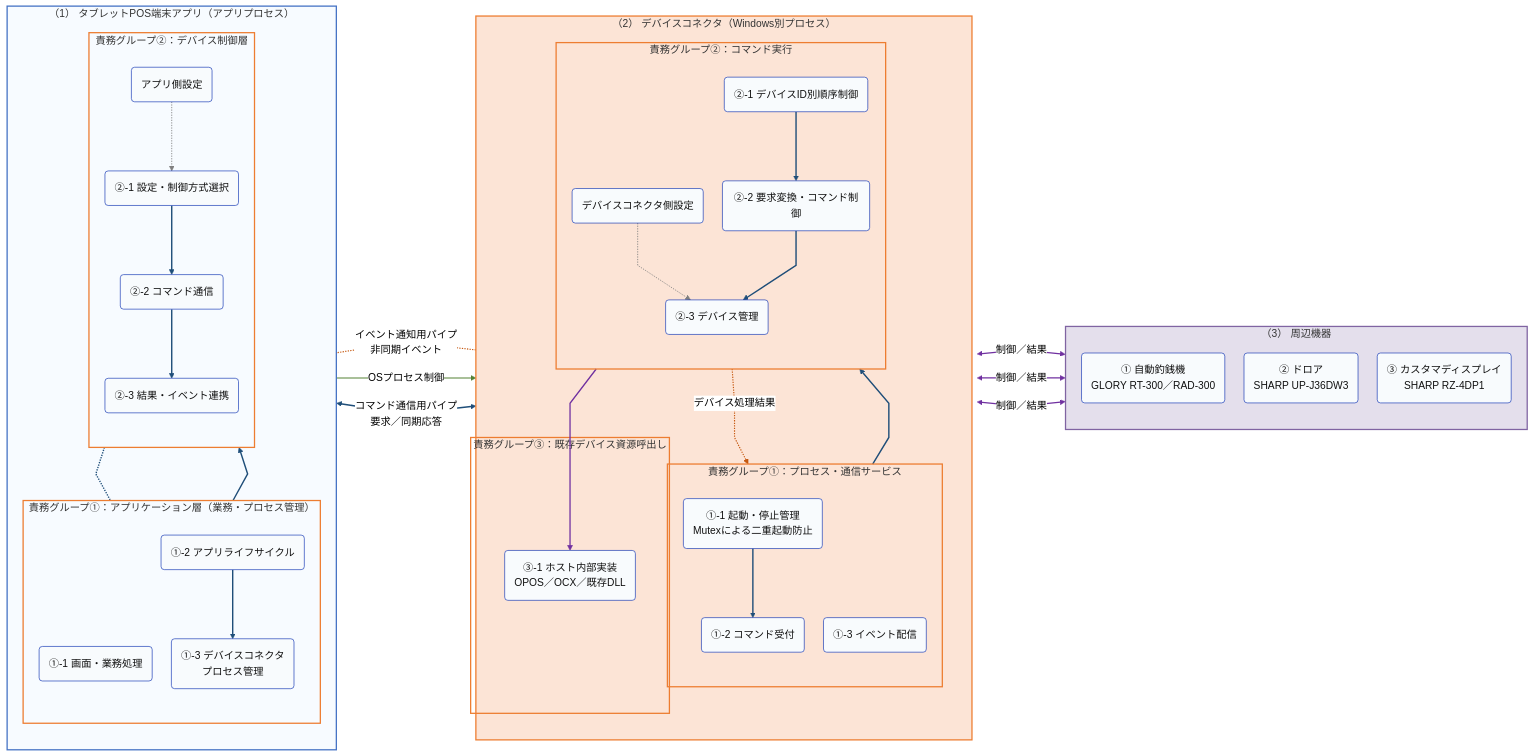
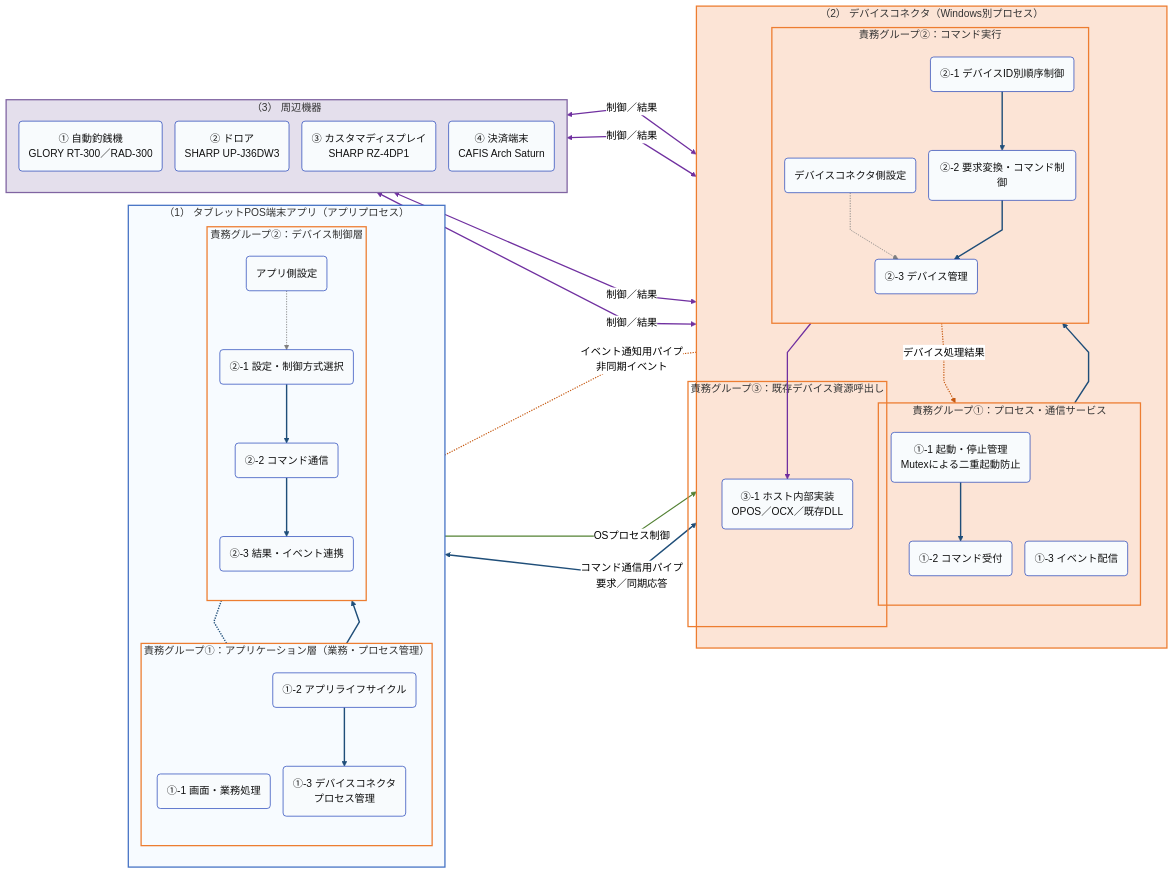
One commit to vti-sam/smj-ks-pos-stored changed the second of 3 diagrams in artifacts/reports/architecture/ARCH-HOST-01_タブレットPOS_デバイスコネクタ基本設計書/ARCH-HOST-01_タブレットPOS_デバイスコネクタ基本設計書.md. Above: the diagram before and after it, drawn with Mermaid (neutral theme). The commit also changed other lines of this file and 30 other files, not shown here.

````diff
--- a/artifacts/reports/architecture/ARCH-HOST-01_タブレットPOS_デバイスコネクタ基本設計書/ARCH-HOST-01_タブレットPOS_デバイスコネクタ基本設計書.md
+++ b/artifacts/reports/architecture/ARCH-HOST-01_タブレットPOS_デバイスコネクタ基本設計書/ARCH-HOST-01_タブレットPOS_デバイスコネクタ基本設計書.md
@@ -245,5 +254,5 @@
 ```mermaid
-%%{init: {"flowchart": {"defaultRenderer": "dagre", "curve": "linear", "nodeSpacing": 30, "rankSpacing": 58}}}%%
+%%{init: {"flowchart": {"defaultRenderer": "dagre", "curve": "linear", "nodeSpacing": 20, "rankSpacing": 42}}}%%
 flowchart RL
     subgraph APP["（1） タブレットPOS端末アプリ（アプリプロセス）"]
         direction TB
@@ -298,17 +307,19 @@
         CASH("① 自動釣銭機<br/>GLORY RT-300／RAD-300")
         DRAWER("② ドロア<br/>SHARP UP-J36DW3")
         DISPLAY("③ カスタマディスプレイ<br/>SHARP RZ-4DP1")
+        PAYMENT("④ 決済端末<br/>CAFIS Arch Saturn")
     end
 
     PROCESS -->|OSプロセス制御| RUNTIME
     COMMAND <-->|コマンド通信用パイプ<br/>要求／同期応答| SERVER
     EVENT -.-|イベント通知用パイプ<br/>非同期イベント| RESULT
-    CASH <-->|制御／結果| ADAPTER
-    DRAWER <-->|制御／結果| ADAPTER
-    DISPLAY <-->|制御／結果| ADAPTER
+    ADAPTER <-->|制御／結果| CASH
+    ADAPTER <-->|制御／結果| DRAWER
+    ADAPTER <-->|制御／結果| DISPLAY
+    ADAPTER <-->|制御／結果| PAYMENT
 
     classDef component fill:#F8FBFD,stroke:#0D32B2,color:#111111
-    class BUSINESS,LIFECYCLE,PROCESS,APP_SETTING,SELECT,COMMAND,RESULT,RUNTIME,SERVER,EVENT,HOST_SETTING,ORDER,CONTROL,MANAGER,ADAPTER,CASH,DRAWER,DISPLAY component
+    class BUSINESS,LIFECYCLE,PROCESS,APP_SETTING,SELECT,COMMAND,RESULT,RUNTIME,SERVER,EVENT,HOST_SETTING,ORDER,CONTROL,MANAGER,ADAPTER,CASH,DRAWER,DISPLAY,PAYMENT component
     style APP fill:#F7FBFF,stroke:#4472C4,stroke-width:2px
     style APP_COORD fill:none,stroke:#ED7D31,stroke-width:2px
     style APP_ACCESS fill:none,stroke:#ED7D31,stroke-width:2px
@@ -321,5 +332,5 @@
     linkStyle 1,7 stroke:#7F7F7F,stroke-width:1.3px
     linkStyle 12,15 stroke:#C65911,stroke-width:1.8px
     linkStyle 13 stroke:#548235,stroke-width:1.8px
-    linkStyle 11,16,17,18 stroke:#7030A0,stroke-width:2px
+    linkStyle 11,16,17,18,19 stroke:#7030A0,stroke-width:2px
 ```
````
